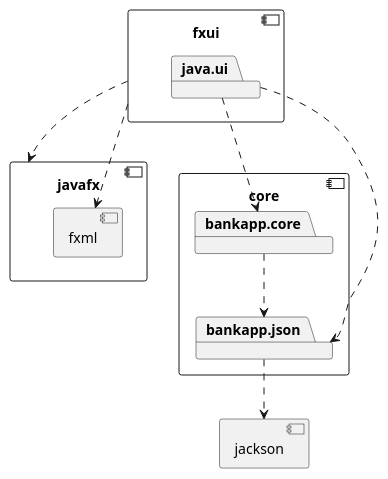
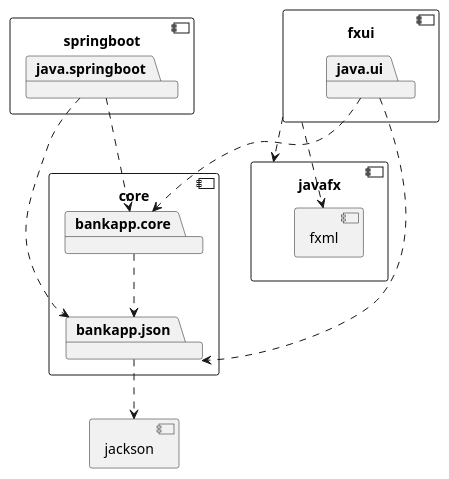
Before and after one commit to Nathaniavm/ITP: the diagram in docs/Release 2/architecture.puml, drawn with PlantUML. The commit also changed 17 other files, not shown here.

Commit message:
endret mappestrukturen og oppdaterte plantuml

```diff
--- a/docs/Release 2/architecture.puml
+++ b/docs/Release 2/architecture.puml
@@ -1,29 +1,35 @@
 @startuml
 
 component core {
     package bankapp.core
     package bankapp.json
 }
 
 bankapp.core ..> bankapp.json
 component jackson {
 }
 
+component springboot {
+    package java.springboot
+}
 
 component fxui {
     package java.ui
 }
 
 java.ui ..> bankapp.core
 java.ui ..> bankapp.json
 bankapp.json ..> jackson
 
 component javafx {
     component fxml
 }
 
 fxui ..> javafx
 fxui ..> fxml
 
+java.springboot ..> bankapp.core
+java.springboot ..> bankapp.json
+
 
 @enduml
```
